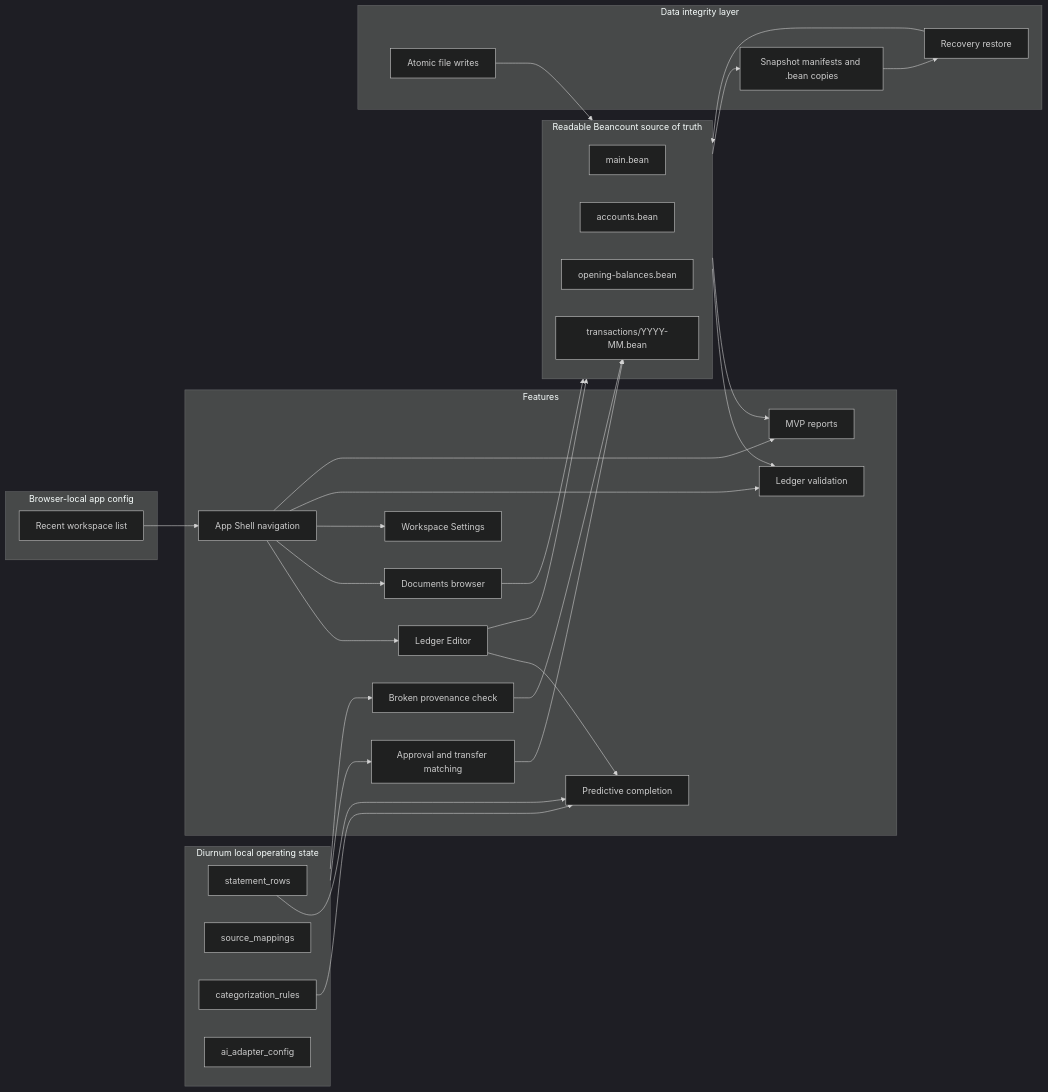
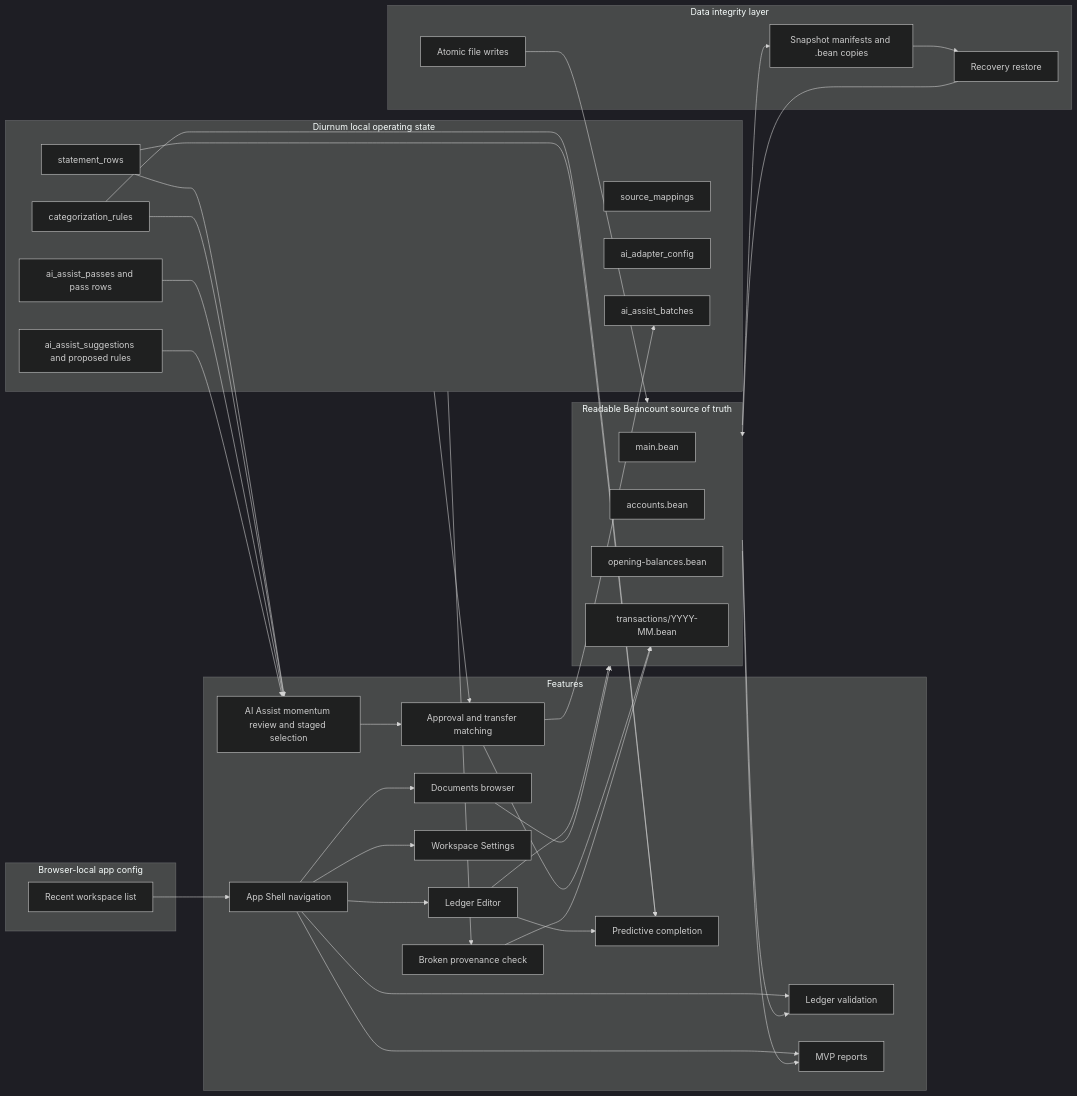
Before and after one commit to Diurnum-Dev/Diurnum: the fifth of 6 diagrams in docs/architecture.md, drawn with Mermaid (dark theme). The commit also changed other lines of this file and 31 other files, not shown here.

First line of the commit message:
feat(ai-assist): add bulk categorization review flow (#85)

````diff
--- a/docs/architecture.md
+++ b/docs/architecture.md
@@ -141,60 +324,70 @@
 ```mermaid
 flowchart LR
   subgraph LedgerFiles[Readable Beancount source of truth]
     Main[main.bean]
     Accounts[accounts.bean]
     Opening[opening-balances.bean]
     Monthly[transactions/YYYY-MM.bean]
   end
 
   subgraph SQLite[Diurnum local operating state]
     Rows[statement_rows]
     Mappings[source_mappings]
     Rules[categorization_rules]
     Adapter[ai_adapter_config]
+    AiPasses[ai_assist_passes and pass rows]
+    AiSuggestions[ai_assist_suggestions and proposed rules]
+    AiBatches[ai_assist_batches]
   end
 
   subgraph AppConfig[Browser-local app config]
     Recents[Recent workspace list]
   end
 
   subgraph Features[Features]
     Shell[App Shell navigation]
     Editor[Ledger Editor]
     Completion[Predictive completion]
     Documents[Documents browser]
     Settings[Workspace Settings]
     Validation[Ledger validation]
     Approval[Approval and transfer matching]
+    AiReview[AI Assist momentum review and staged selection]
     Provenance[Broken provenance check]
     Reports[MVP reports]
   end
 
   subgraph Integrity[Data integrity layer]
     Atomic[Atomic file writes]
     Snapshots[Snapshot manifests and .bean copies]
     Recovery[Recovery restore]
   end
 
   LedgerFiles --> Validation
   LedgerFiles --> Reports
   SQLite --> Approval
+  Rows --> AiReview
+  Rules --> AiReview
+  AiPasses --> AiReview
+  AiSuggestions --> AiReview
+  AiReview --> Approval
+  Approval --> AiBatches
   SQLite --> Provenance
   Recents --> Shell
   Shell --> Editor
   Shell --> Documents
   Shell --> Settings
   Editor --> Completion
   Editor --> LedgerFiles
   Rules --> Completion
   Rows --> Completion
   Documents --> LedgerFiles
   Shell --> Validation
   Shell --> Reports
   Atomic --> LedgerFiles
   LedgerFiles --> Snapshots
   Snapshots --> Recovery
   Recovery --> LedgerFiles
   Approval --> Monthly
   Provenance --> Monthly
 ```
````
